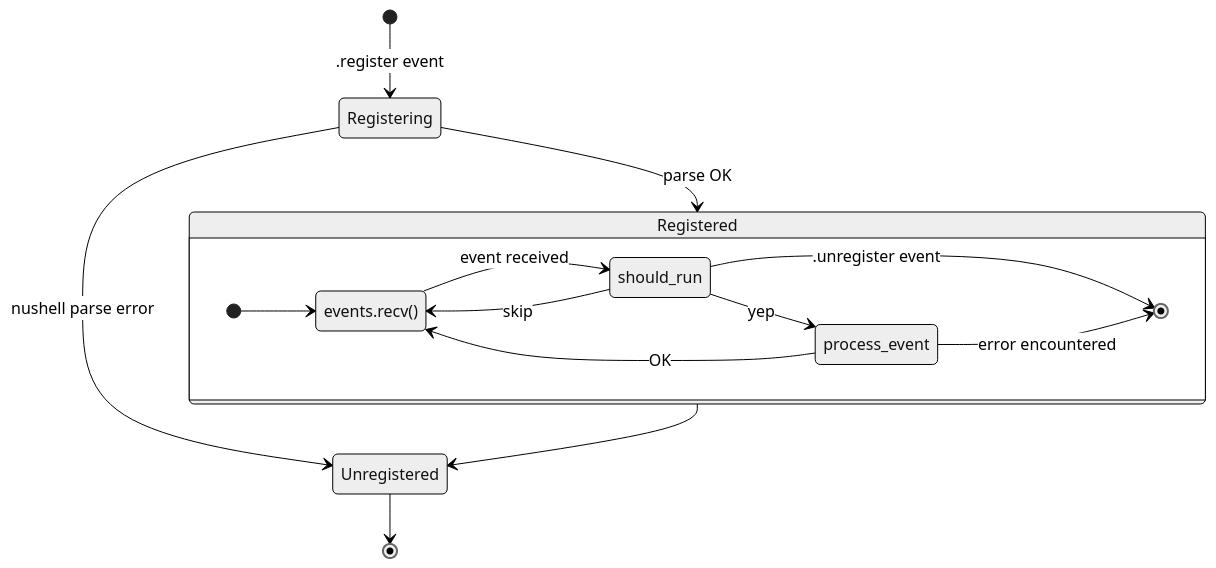
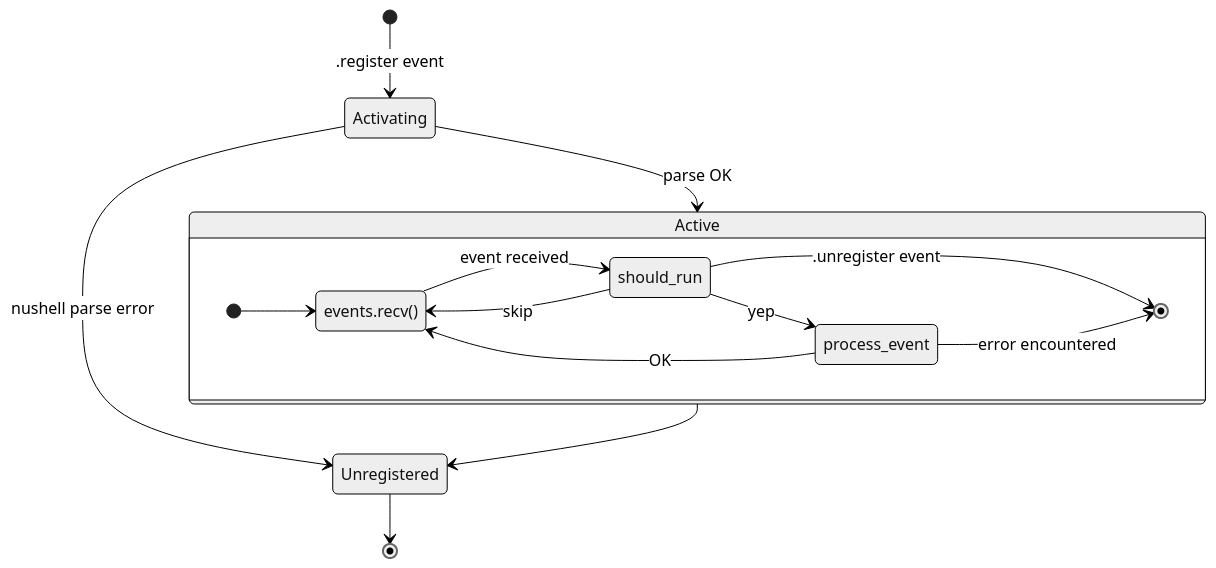
The diagram in docs/src/content/docs/reference/handlers.mdx (cablehead/xs), drawn with Mermaid (neutral theme) before and after one commit. The commit also changed other lines of this file and 14 other files, not shown here.

````diff
--- a/docs/src/content/docs/reference/handlers.mdx
+++ b/docs/src/content/docs/reference/handlers.mdx
@@ -168,22 +170,22 @@
 ```mermaid
 stateDiagram-v2
-    [*] --> Registering: .register event
-    Registering --> Unregistered: nushell parse error
-    Registering --> Registered : parse OK
+    [*] --> Activating: .register event
+    Activating --> Unregistered: nushell parse error
+    Activating --> Active : parse OK
     Unregistered --> [*]
 
-    state Registered {
+    state Active {
         direction LR
         [*] --> events.recv()
         events.recv() --> should_run: event received
 
         should_run --> events.recv(): skip
         should_run --> process_event: yep
         should_run --> [*]: .unregister event
 
         process_event --> [*]: error encountered
         process_event --> events.recv(): OK
     }
 
-    Registered --> Unregistered
+    Active --> Unregistered
 ```
````
